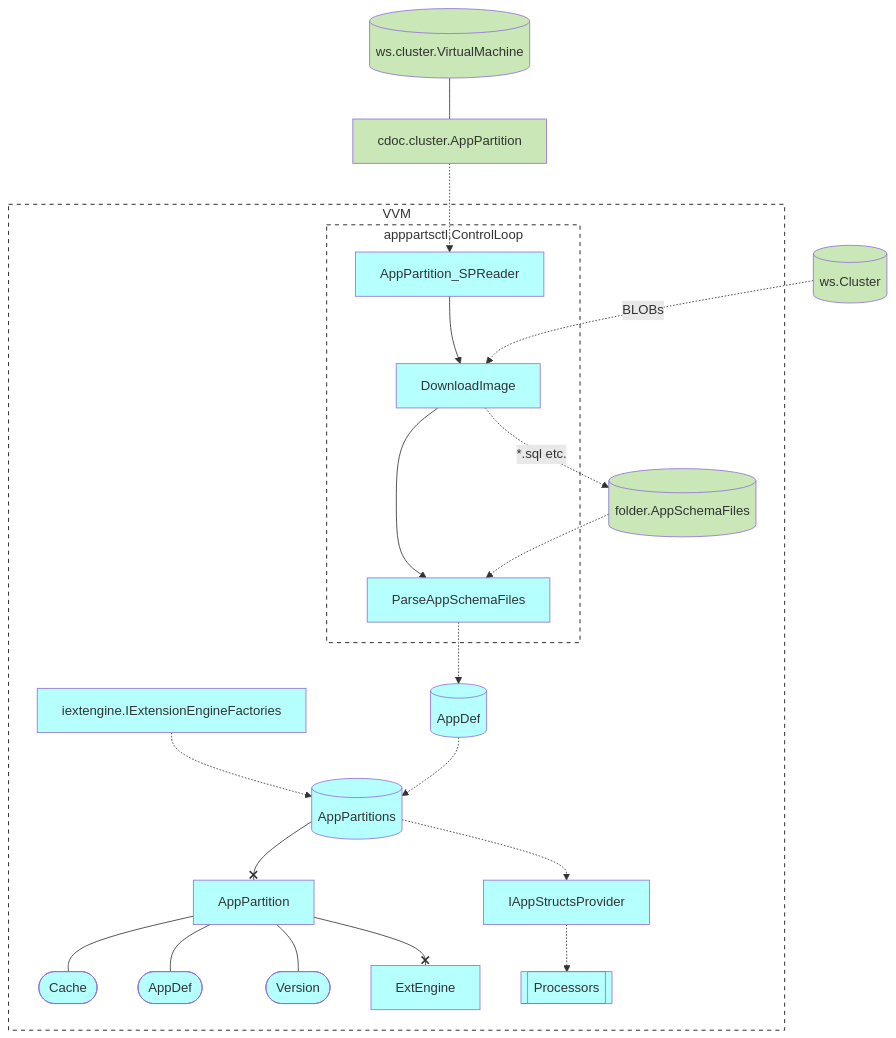
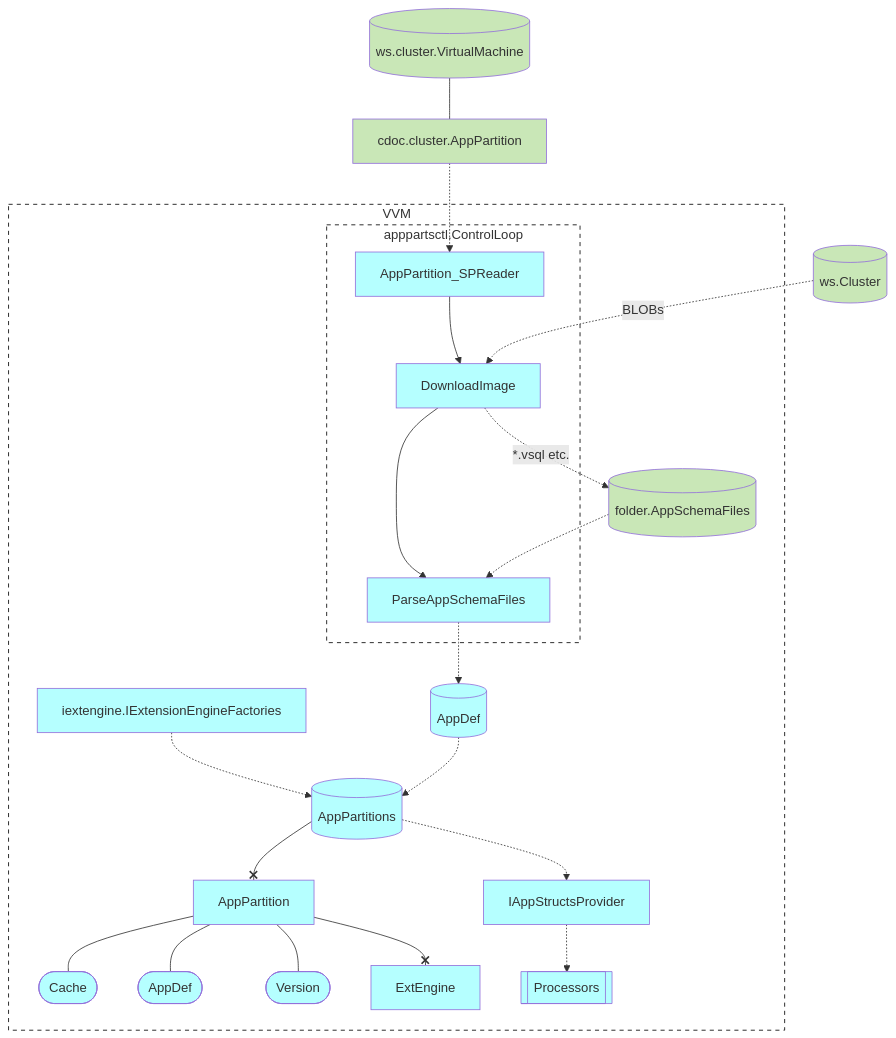
Before and after one commit to voedger/voedger: the third of 3 diagrams in design/vvm/README.md, drawn with Mermaid. The commit also changed 68 other files, not shown here.

````diff
--- a/design/vvm/README.md
+++ b/design/vvm/README.md
@@ -79,64 +79,64 @@
 ```mermaid
 flowchart TD
 
   %% Entities =================================
 
   ws.cluster.VirtualMachine[(ws.cluster.VirtualMachine)]:::H
   ws.Cluster[(ws.Cluster)]:::H
   cdoc.cluster.AppPartition:::H
 
   VVM:::G
   subgraph VVM
     ControlLoop_AppPartition:::G
     subgraph ControlLoop_AppPartition["apppartsctl.ControlLoop"]
       AppPartition_SPReader:::S
       DownloadImage:::S
       ParseAppSchemaFiles:::S
       DownloadImage --> ParseAppSchemaFiles
     end
     AppSchemaFiles[(folder.AppSchemaFiles)]:::H
     AppDef[(AppDef)]:::S
     AppPartitions[(AppPartitions)]:::S
     AppPartition:::S
       Cache([Cache]):::S
       AppSchema(["AppDef"]):::S
       Version([Version]):::S
     ExtEngine:::S
       
     IAppStructsProvider:::S
     Processors[[Processors]]:::S
 
 
     ExtensionEngineFactories["iextengine.IExtensionEngineFactories"]:::S
 
   end
 
 
   %% Relations =================================
 
   ws.cluster.VirtualMachine --- cdoc.cluster.AppPartition
   cdoc.cluster.AppPartition -.-> AppPartition_SPReader
   AppPartition_SPReader --> DownloadImage
 
   ws.Cluster -.-> |BLOBs| DownloadImage
-  DownloadImage -.-> |*.sql etc.| AppSchemaFiles
+  DownloadImage -.-> |*.vsql etc.| AppSchemaFiles
   AppSchemaFiles -.-> ParseAppSchemaFiles
   ParseAppSchemaFiles -.-> AppDef
 
   AppPartitions --x AppPartition
   AppPartition --- Cache
   AppPartition --- AppSchema
   AppPartition --- Version
   AppPartition --x ExtEngine
 
   AppPartitions -.-> IAppStructsProvider
   IAppStructsProvider -.-> Processors
   ExtensionEngineFactories -.-> AppPartitions
   AppDef -.-> AppPartitions
   
 
   classDef G fill:#FFFFFF,stroke:#000000, stroke-width:1px, stroke-dasharray: 5 5
   classDef B fill:#FFFFB5,color:#333
   classDef S fill:#B5FFFF
   classDef H fill:#C9E7B7
 ```
````
